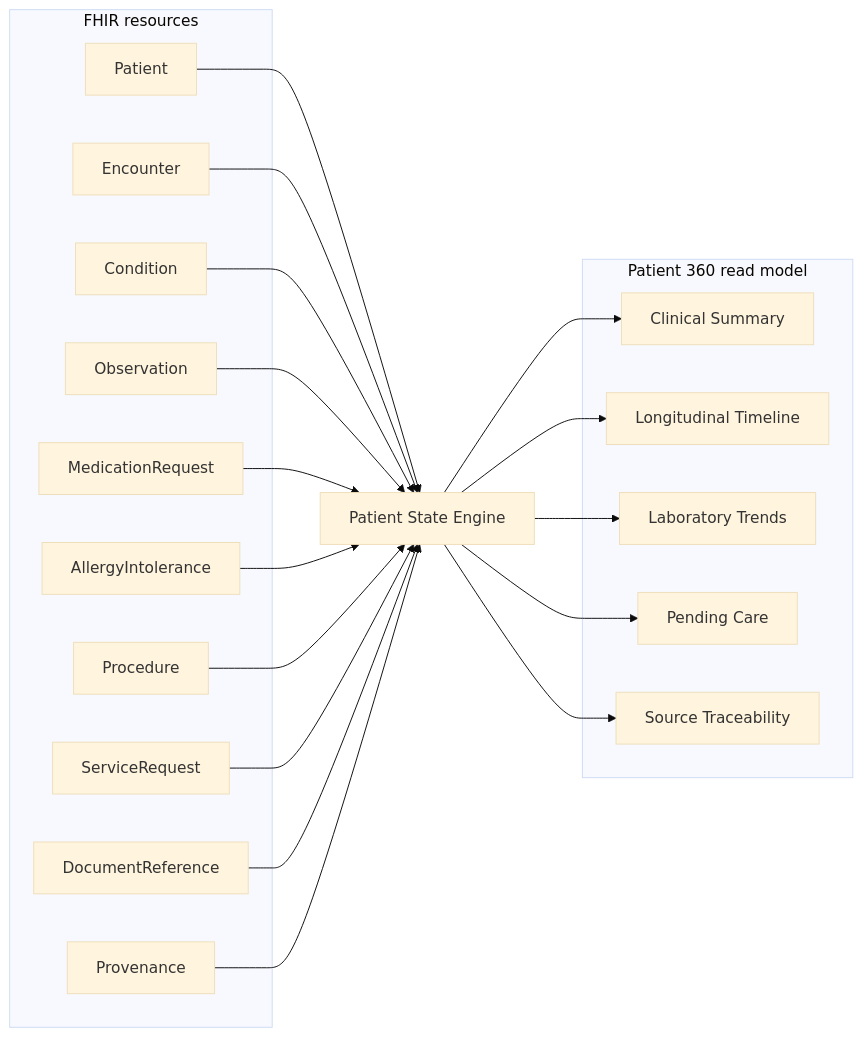
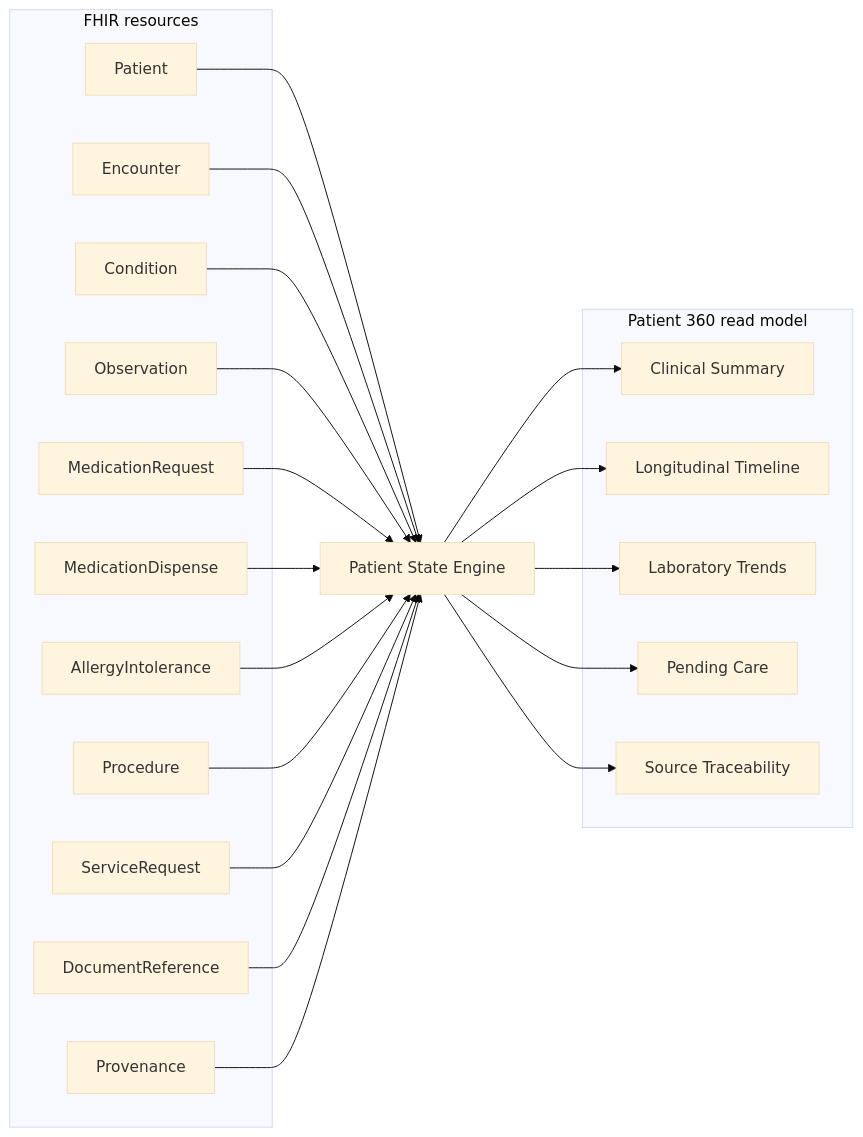
Before and after one commit to DiogoRibeiro7/sns-patient-360: the second of 2 diagrams in docs/data-model/fhir-scope.md, drawn with Mermaid (base theme). The commit also changed other lines of this file, not shown here.

Commit message:
docs: align FHIR scope with executable ingestion

````diff
--- a/docs/data-model/fhir-scope.md
+++ b/docs/data-model/fhir-scope.md
@@ -61,42 +63,44 @@
 ```mermaid
 flowchart LR
     subgraph FHIR[FHIR resources]
         P[Patient]
         E[Encounter]
         C[Condition]
         O[Observation]
         MR[MedicationRequest]
+        MD[MedicationDispense]
         AI[AllergyIntolerance]
         PR[Procedure]
         SR[ServiceRequest]
         DR[DocumentReference]
         PV[Provenance]
     end
 
     ENGINE[Patient State Engine]
 
     subgraph READ[Patient 360 read model]
         SUMMARY[Clinical Summary]
         TL[Longitudinal Timeline]
         LAB[Laboratory Trends]
         CARE[Pending Care]
         TRACE[Source Traceability]
     end
 
     P --> ENGINE
     E --> ENGINE
     C --> ENGINE
     O --> ENGINE
     MR --> ENGINE
+    MD --> ENGINE
     AI --> ENGINE
     PR --> ENGINE
     SR --> ENGINE
     DR --> ENGINE
     PV --> ENGINE
 
     ENGINE --> SUMMARY
     ENGINE --> TL
     ENGINE --> LAB
     ENGINE --> CARE
     ENGINE --> TRACE
 ```
````
